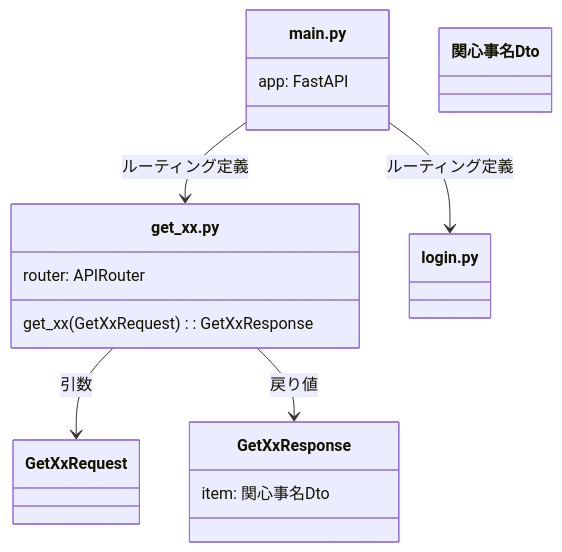
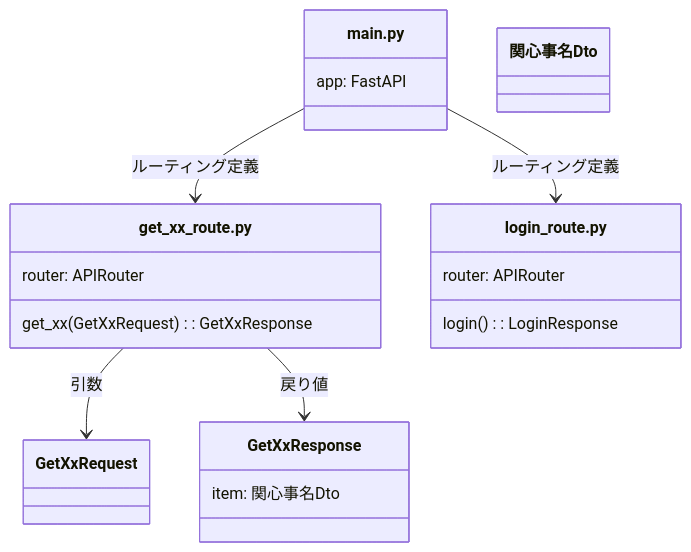
One commit to shuhei1101/allowance-questboard changed the first of 3 diagrams in docs/ja/api/エンドポイント関連.md. Above: the diagram before and after it, drawn with Mermaid. The commit also changed other lines of this file and 32 other files, not shown here.

````diff
--- a/docs/ja/api/エンドポイント関連.md
+++ b/docs/ja/api/エンドポイント関連.md
@@ -8,22 +8,25 @@
 ```mermaid
 classDiagram
     class main.py {
         app: FastAPI
     }
-    class get_xx.py {
+    class get_xx_route.py {
         router: APIRouter
         get_xx(GetXxRequest): GetXxResponse
     }
-    class login.py
+    class login_route.py {
+        router: APIRouter
+        login(): LoginResponse
+    }
     class GetXxResponse {
         item: 関心事名Dto
     }
     class 関心事名Dto
     class GetXxRequest
 
-    main.py --> get_xx.py : ルーティング定義
-    main.py --> login.py : ルーティング定義
+    main.py --> get_xx_route.py : ルーティング定義
+    main.py --> login_route.py : ルーティング定義
 
-    get_xx.py --> GetXxRequest : 引数
-    get_xx.py --> GetXxResponse : 戻り値
+    get_xx_route.py --> GetXxRequest : 引数
+    get_xx_route.py --> GetXxResponse : 戻り値
 ```
````
